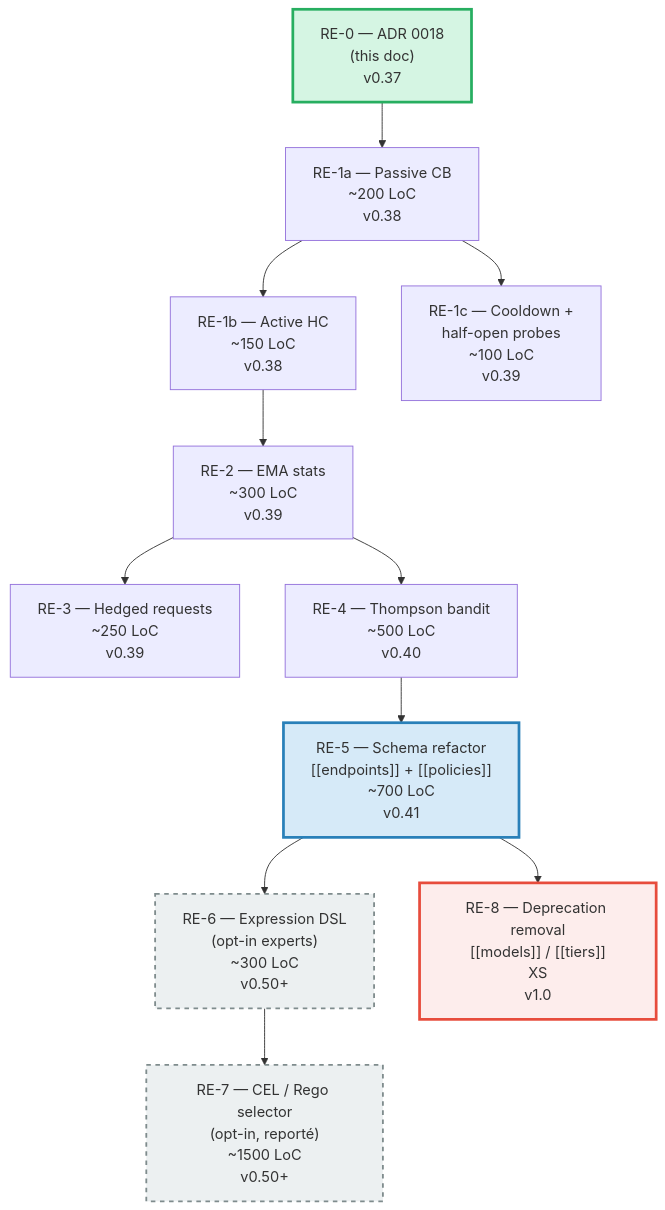
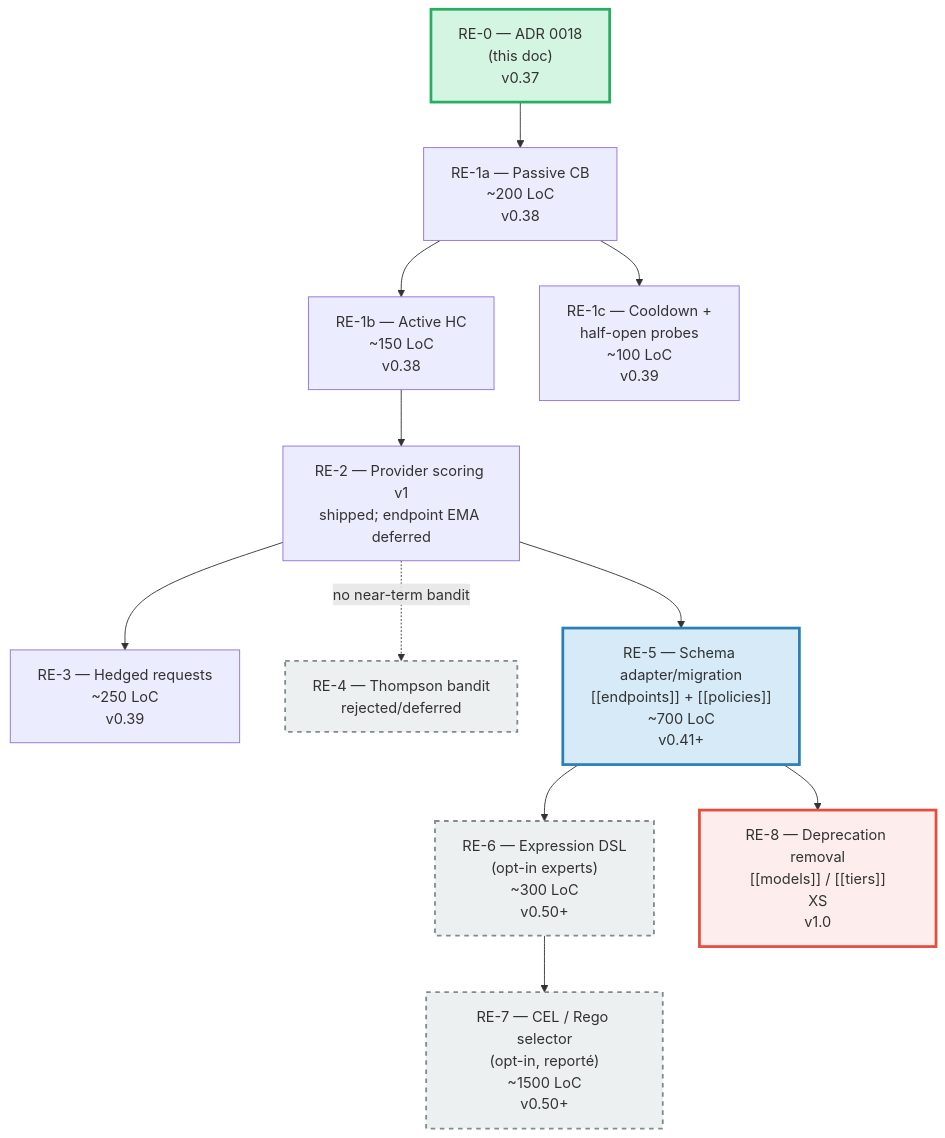
Before and after one commit to azerozero/grob: the second of 2 diagrams in docs/decisions/0018-nature-inspired-routing.md, drawn with Mermaid. The commit also changed other lines of this file and 12 other files, not shown here.

First line of the commit message:
feat(routing): add endpoint inventory adapter

````diff
--- a/docs/decisions/0018-nature-inspired-routing.md
+++ b/docs/decisions/0018-nature-inspired-routing.md
@@ -447,30 +467,30 @@
 ```mermaid
 flowchart TD
     RE0["RE-0 — ADR 0018<br/>(this doc)<br/>v0.37"]:::current
     RE1a["RE-1a — Passive CB<br/>~200 LoC<br/>v0.38"]
     RE1b["RE-1b — Active HC<br/>~150 LoC<br/>v0.38"]
     RE1c["RE-1c — Cooldown +<br/>half-open probes<br/>~100 LoC<br/>v0.39"]
-    RE2["RE-2 — EMA stats<br/>~300 LoC<br/>v0.39"]
+    RE2["RE-2 — Provider scoring v1<br/>shipped; endpoint EMA deferred"]
     RE3["RE-3 — Hedged requests<br/>~250 LoC<br/>v0.39"]
-    RE4["RE-4 — Thompson bandit<br/>~500 LoC<br/>v0.40"]
-    RE5["RE-5 — Schema refactor<br/>[[endpoints]] + [[policies]]<br/>~700 LoC<br/>v0.41"]:::milestone
+    RE4["RE-4 — Thompson bandit<br/>rejected/deferred"]:::deferred
+    RE5["RE-5 — Schema adapter/migration<br/>[[endpoints]] + [[policies]]<br/>~700 LoC<br/>v0.41+"]:::milestone
     RE6["RE-6 — Expression DSL<br/>(opt-in experts)<br/>~300 LoC<br/>v0.50+"]:::deferred
     RE7["RE-7 — CEL / Rego selector<br/>(opt-in, reporté)<br/>~1500 LoC<br/>v0.50+"]:::deferred
     RE8["RE-8 — Deprecation removal<br/>[[models]] / [[tiers]]<br/>XS<br/>v1.0"]:::breaking
 
     RE0 --> RE1a
     RE1a --> RE1b
     RE1a --> RE1c
     RE1b --> RE2
     RE2 --> RE3
-    RE2 --> RE4
-    RE4 --> RE5
+    RE2 -. no near-term bandit .-> RE4
+    RE2 --> RE5
     RE5 --> RE6
     RE6 --> RE7
     RE5 --> RE8
 
     classDef current stroke:#27AE60,stroke-width:3px,fill:#D5F5E3
     classDef milestone stroke:#2980B9,stroke-width:3px,fill:#D6EAF8
     classDef deferred stroke:#7F8C8D,stroke-width:2px,stroke-dasharray: 5 5,fill:#ECF0F1
     classDef breaking stroke:#E74C3C,stroke-width:3px,fill:#FDEDEC
 ```
````
